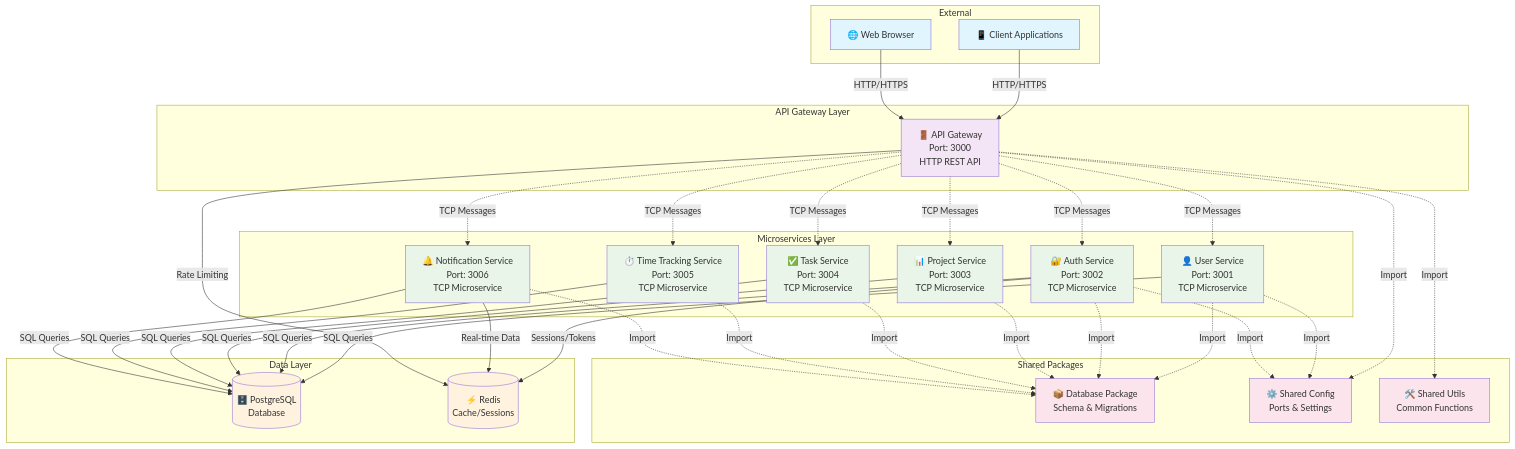
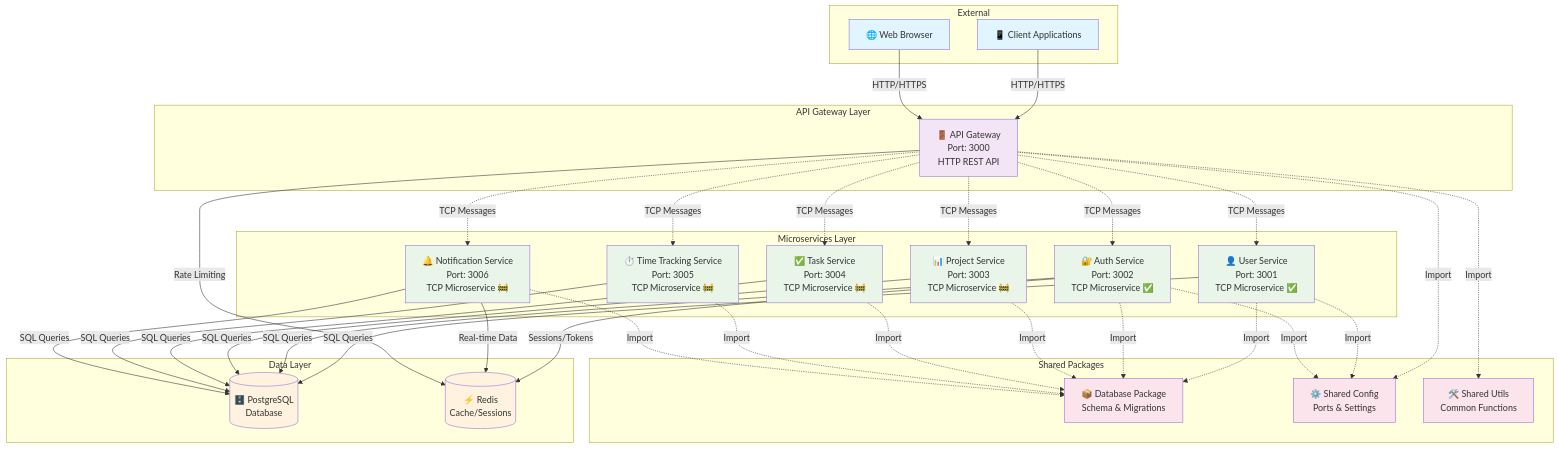
One commit to tranlehaiquan/task-management changed the first of 2 diagrams in readme.md. Above: the diagram before and after it, drawn with Mermaid. The commit also changed other lines of this file, not shown here.

Commit message:
docs: update README to reflect current project status, architecture, and available API endpoints; enhance clarity on microservices and development roadmap

````diff
--- a/readme.md
+++ b/readme.md
@@ -19,81 +39,81 @@
 ```mermaid
 graph TB
     subgraph "External"
         Client[📱 Client Applications]
         Web[🌐 Web Browser]
     end
 
     subgraph "API Gateway Layer"
         Gateway[🚪 API Gateway<br/>Port: 3000<br/>HTTP REST API]
     end
 
     subgraph "Microservices Layer"
-        UserSvc[👤 User Service<br/>Port: 3001<br/>TCP Microservice]
-        AuthSvc[🔐 Auth Service<br/>Port: 3002<br/>TCP Microservice]
-        ProjectSvc[📊 Project Service<br/>Port: 3003<br/>TCP Microservice]
-        TaskSvc[✅ Task Service<br/>Port: 3004<br/>TCP Microservice]
-        TimeSvc[⏱️ Time Tracking Service<br/>Port: 3005<br/>TCP Microservice]
-        NotifSvc[🔔 Notification Service<br/>Port: 3006<br/>TCP Microservice]
+        UserSvc[👤 User Service<br/>Port: 3001<br/>TCP Microservice ✅]
+        AuthSvc[🔐 Auth Service<br/>Port: 3002<br/>TCP Microservice ✅]
+        ProjectSvc[📊 Project Service<br/>Port: 3003<br/>TCP Microservice 🚧]
+        TaskSvc[✅ Task Service<br/>Port: 3004<br/>TCP Microservice 🚧]
+        TimeSvc[⏱️ Time Tracking Service<br/>Port: 3005<br/>TCP Microservice 🚧]
+        NotifSvc[🔔 Notification Service<br/>Port: 3006<br/>TCP Microservice 🚧]
     end
 
     subgraph "Data Layer"
         DB[(🗄️ PostgreSQL<br/>Database)]
         Redis[(⚡ Redis<br/>Cache/Sessions)]
     end
 
     subgraph "Shared Packages"
         Database[📦 Database Package<br/>Schema & Migrations]
         Config[⚙️ Shared Config<br/>Ports & Settings]
         Utils[🛠️ Shared Utils<br/>Common Functions]
     end
 
     %% Client connections
     Client -->|HTTP/HTTPS| Gateway
     Web -->|HTTP/HTTPS| Gateway
 
     %% API Gateway to Services (TCP)
     Gateway -.->|TCP Messages| UserSvc
     Gateway -.->|TCP Messages| AuthSvc
     Gateway -.->|TCP Messages| ProjectSvc
     Gateway -.->|TCP Messages| TaskSvc
     Gateway -.->|TCP Messages| TimeSvc
     Gateway -.->|TCP Messages| NotifSvc
 
     %% Services to Database
     UserSvc -->|SQL Queries| DB
     AuthSvc -->|SQL Queries| DB
     ProjectSvc -->|SQL Queries| DB
     TaskSvc -->|SQL Queries| DB
     TimeSvc -->|SQL Queries| DB
     NotifSvc -->|SQL Queries| DB
 
     %% Services to Redis
     AuthSvc -->|Sessions/Tokens| Redis
     NotifSvc -->|Real-time Data| Redis
     Gateway -->|Rate Limiting| Redis
 
     %% Shared Dependencies
     Gateway -.->|Import| Config
     Gateway -.->|Import| Utils
     UserSvc -.->|Import| Database
     UserSvc -.->|Import| Config
     AuthSvc -.->|Import| Database
     AuthSvc -.->|Import| Config
     ProjectSvc -.->|Import| Database
     TaskSvc -.->|Import| Database
     TimeSvc -.->|Import| Database
     NotifSvc -.->|Import| Database
 
     %% Styling
     classDef client fill:#e1f5fe
     classDef gateway fill:#f3e5f5
     classDef service fill:#e8f5e8
     classDef data fill:#fff3e0
     classDef shared fill:#fce4ec
 
     class Client,Web client
     class Gateway gateway
     class UserSvc,AuthSvc,ProjectSvc,TaskSvc,TimeSvc,NotifSvc service
     class DB,Redis data
     class Database,Config,Utils shared
 ```
````
